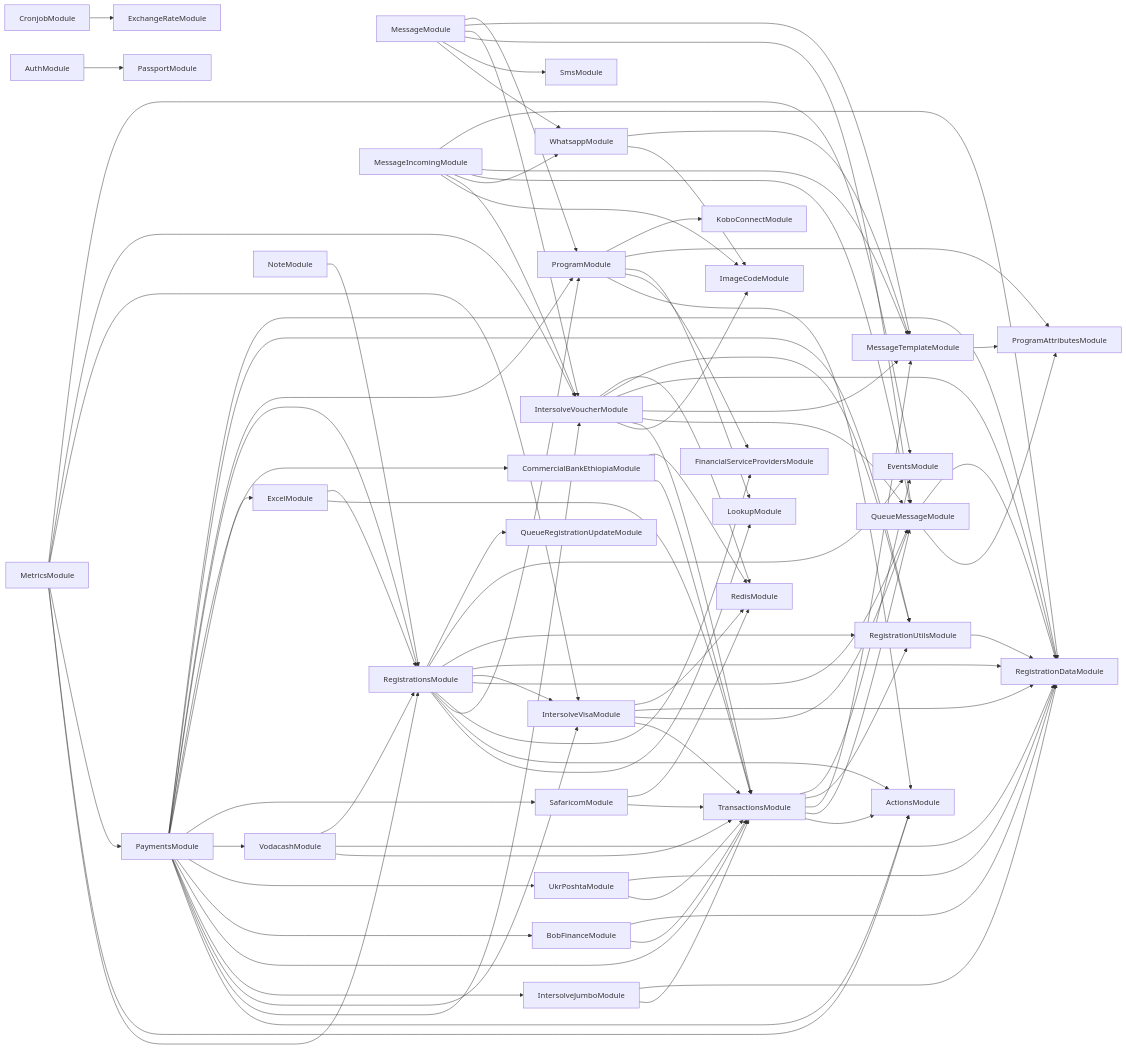
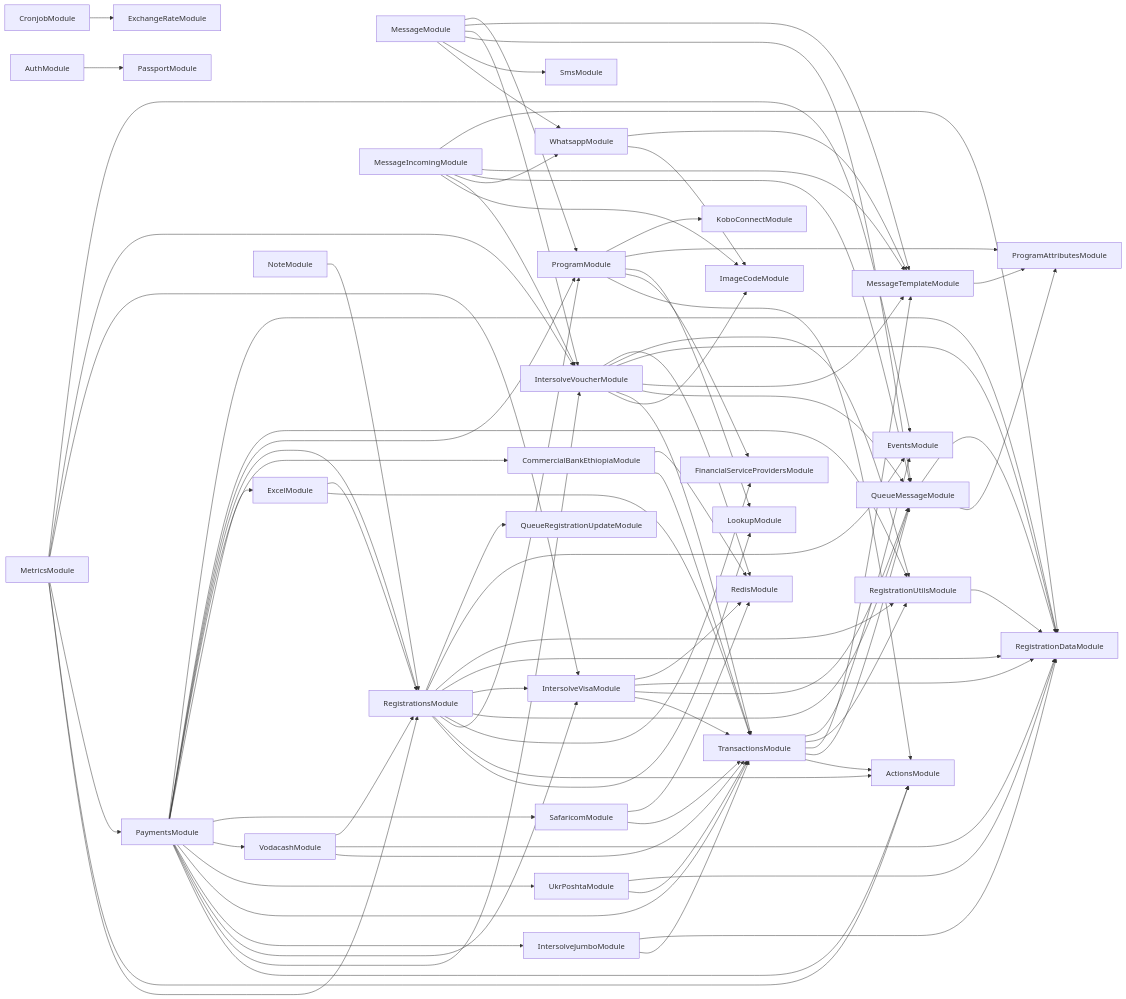
The diagram in services/121-service/module-dependencies.md (global-121/121-platform), drawn with Mermaid before and after one commit. The commit also changed 11 other files, not shown here.

Commit message:
feat: remove unused code for BOB Finance AB#29204

```diff
--- a/services/121-service/module-dependencies.md
+++ b/services/121-service/module-dependencies.md
@@ -56,9 +56,6 @@
   IntersolveJumboModule-->TransactionsModule
   IntersolveJumboModule-->RegistrationDataModule
   PaymentsModule-->TransactionsModule
-  PaymentsModule-->BobFinanceModule
-  BobFinanceModule-->TransactionsModule
-  BobFinanceModule-->RegistrationDataModule
   PaymentsModule-->UkrPoshtaModule
   UkrPoshtaModule-->TransactionsModule
   UkrPoshtaModule-->RegistrationDataModule
```
